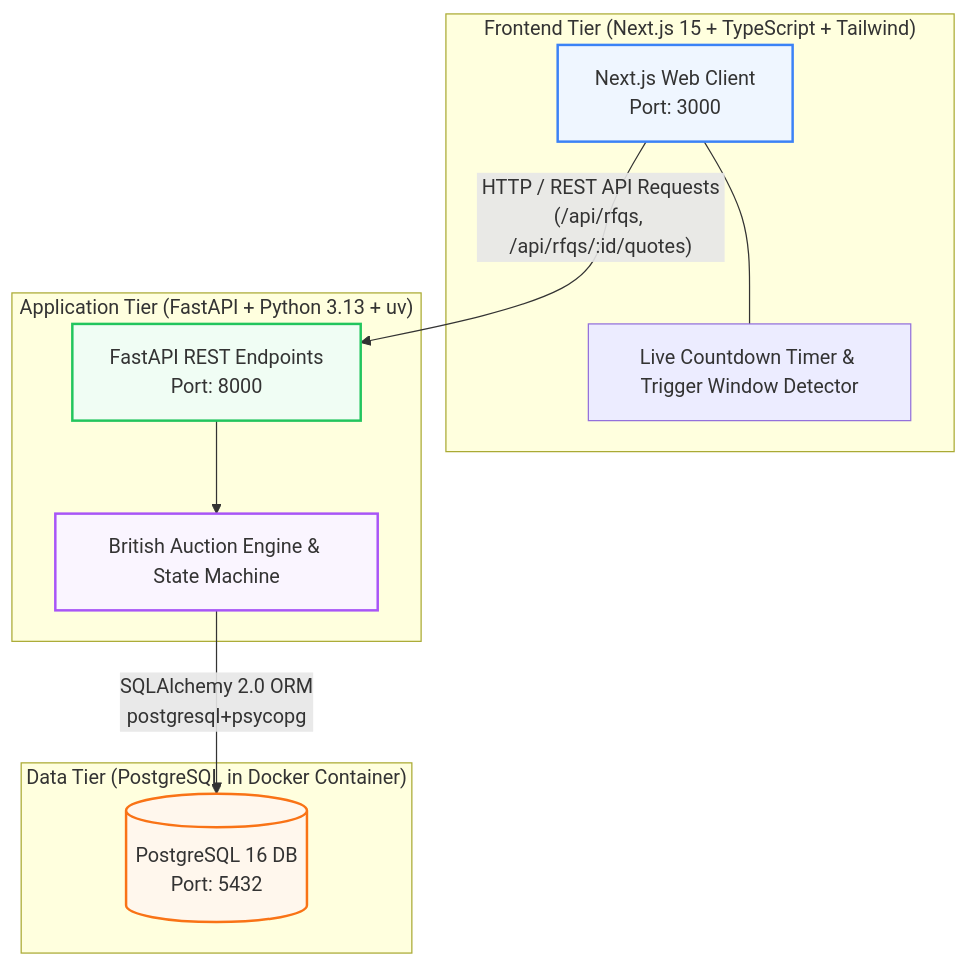
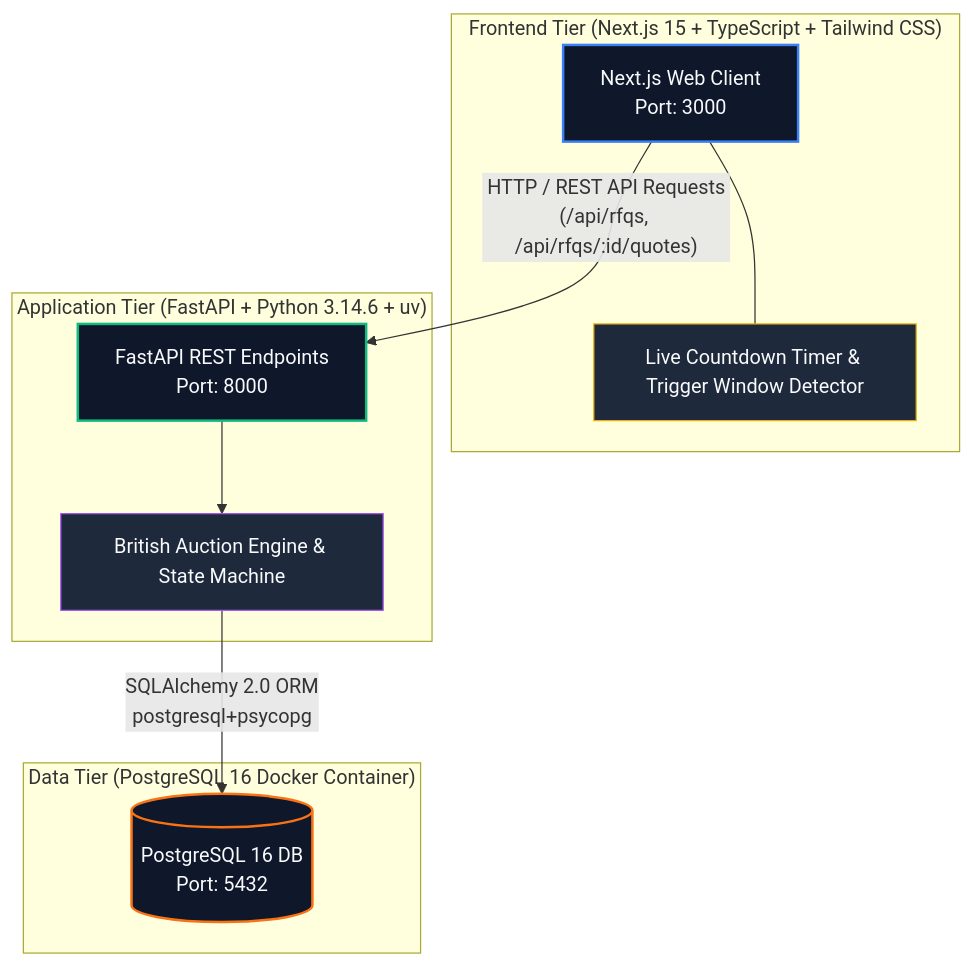
One commit to NIK-llama/RFQ-Sys changed the first of 2 diagrams in README.md. Above: the diagram before and after it, drawn with Mermaid. The commit also changed other lines of this file and 3 other files, not shown here.

````diff
--- a/README.md
+++ b/README.md
@@ -14,26 +17,27 @@
 ```mermaid
 flowchart TD
-    subgraph ClientTier["Frontend Tier (Next.js 15 + TypeScript + Tailwind)"]
+    subgraph ClientTier["Frontend Tier (Next.js 15 + TypeScript + Tailwind CSS)"]
         UI["Next.js Web Client<br/>Port: 3000"]
         Timer["Live Countdown Timer & Trigger Window Detector"]
         UI --- Timer
     end
 
-    subgraph AppTier["Application Tier (FastAPI + Python 3.13 + uv)"]
+    subgraph AppTier["Application Tier (FastAPI + Python 3.14.6 + uv)"]
         API["FastAPI REST Endpoints<br/>Port: 8000"]
         Engine["British Auction Engine & State Machine"]
         API --> Engine
     end
 
-    subgraph DataTier["Data Tier (PostgreSQL in Docker Container)"]
+    subgraph DataTier["Data Tier (PostgreSQL 16 Docker Container)"]
         DB[("PostgreSQL 16 DB<br/>Port: 5432")]
     end
 
     UI -->|"HTTP / REST API Requests<br/>(/api/rfqs, /api/rfqs/:id/quotes)"| API
     Engine -->|"SQLAlchemy 2.0 ORM<br/>postgresql+psycopg"| DB
 
-    style UI fill:#eff6ff,stroke:#3b82f6,stroke-width:2px
-    style API fill:#f0fdf4,stroke:#22c55e,stroke-width:2px
-    style Engine fill:#faf5ff,stroke:#a855f7,stroke-width:2px
-    style DB fill:#fff7ed,stroke:#f97316,stroke-width:2px
+    style UI fill:#0f172a,stroke:#3b82f6,stroke-width:2px,color:#f8fafc
+    style Timer fill:#1e293b,stroke:#eab308,stroke-width:1px,color:#f8fafc
+    style API fill:#0f172a,stroke:#10b981,stroke-width:2px,color:#f8fafc
+    style Engine fill:#1e293b,stroke:#a855f7,stroke-width:1px,color:#f8fafc
+    style DB fill:#0f172a,stroke:#f97316,stroke-width:2px,color:#f8fafc
 ```
````
